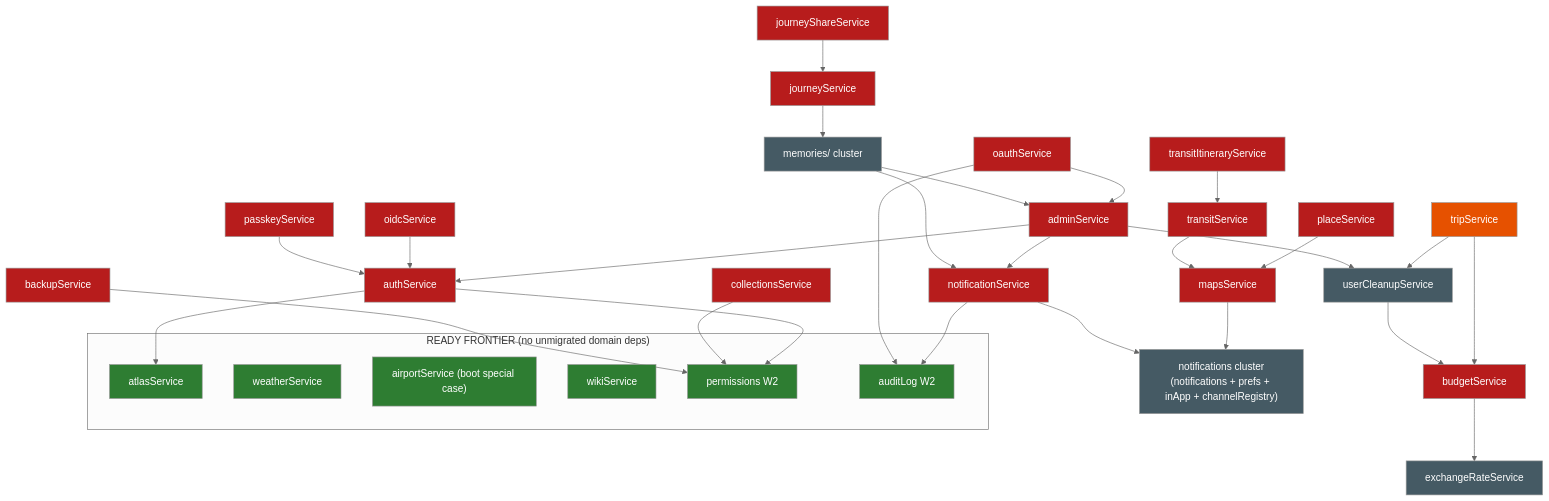
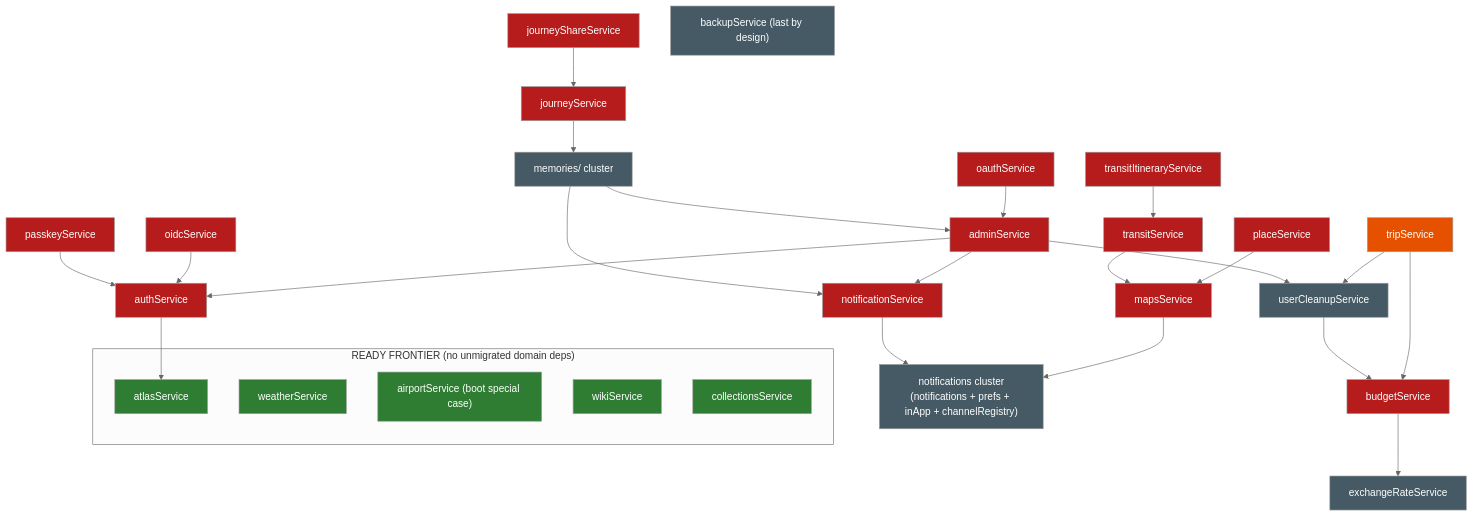
Before and after one commit to BeInLife/TREK: the diagram in migration-graph.md, drawn with Mermaid (neutral theme). The commit also changed other lines of this file and 3 other files, not shown here.

Commit message:
docs: tick permissions and auditLog in migrate.md and refresh the migration graph

````diff
--- a/migration-graph.md
+++ b/migration-graph.md
@@ -48,56 +51,52 @@
 ```mermaid
 flowchart TD
   classDef ready fill:#2e7d32,color:#fff
   classDef blocked fill:#b71c1c,color:#fff
   classDef hub fill:#e65100,color:#fff
   classDef infra fill:#455a64,color:#fff
 
   subgraph frontier["READY FRONTIER (no unmigrated domain deps)"]
     atlas[atlasService]:::ready
     weather[weatherService]:::ready
     airport["airportService (boot special case)"]:::ready
     wiki[wikiService]:::ready
-    permissions[permissions W2]:::ready
-    auditLog[auditLog W2]:::ready
+    collections[collectionsService]:::ready
   end
 
   trip[tripService]:::hub
   budget[budgetService]:::blocked
   place[placeService]:::blocked
   maps[mapsService]:::blocked
   notifSvc[notificationService]:::blocked
   transit[transitService]:::blocked
   transitItin[transitItineraryService]:::blocked
   admin[adminService]:::blocked
   auth[authService]:::blocked
   oauth[oauthService]:::blocked
   oidc[oidcService]:::blocked
   passkey[passkeyService]:::blocked
   journey[journeyService]:::blocked
   journeyShare[journeyShareService]:::blocked
-  collections[collectionsService]:::blocked
-  backup[backupService]:::blocked
+  backup["backupService (last by design)"]:::infra
   notifCluster["notifications cluster<br/>(notifications + prefs + inApp + channelRegistry)"]:::infra
   memories["memories/ cluster"]:::infra
   fx[exchangeRateService]:::infra
   cleanup[userCleanupService]:::infra
 
   trip --> budget & cleanup
   budget --> fx
   cleanup --> budget
   place --> maps
   maps --> notifCluster
   transit --> maps
   transitItin --> transit
-  notifSvc --> notifCluster & auditLog
+  notifSvc --> notifCluster
   admin --> auth & notifSvc & cleanup
-  auth --> atlas & permissions
-  oauth --> admin & auditLog
+  auth --> atlas
+  oauth --> admin
   oidc --> auth
   passkey --> auth
   journey --> memories
   journeyShare --> journey
-  collections --> permissions
-  backup --> permissions
   memories --> notifSvc & admin
 ```
````
